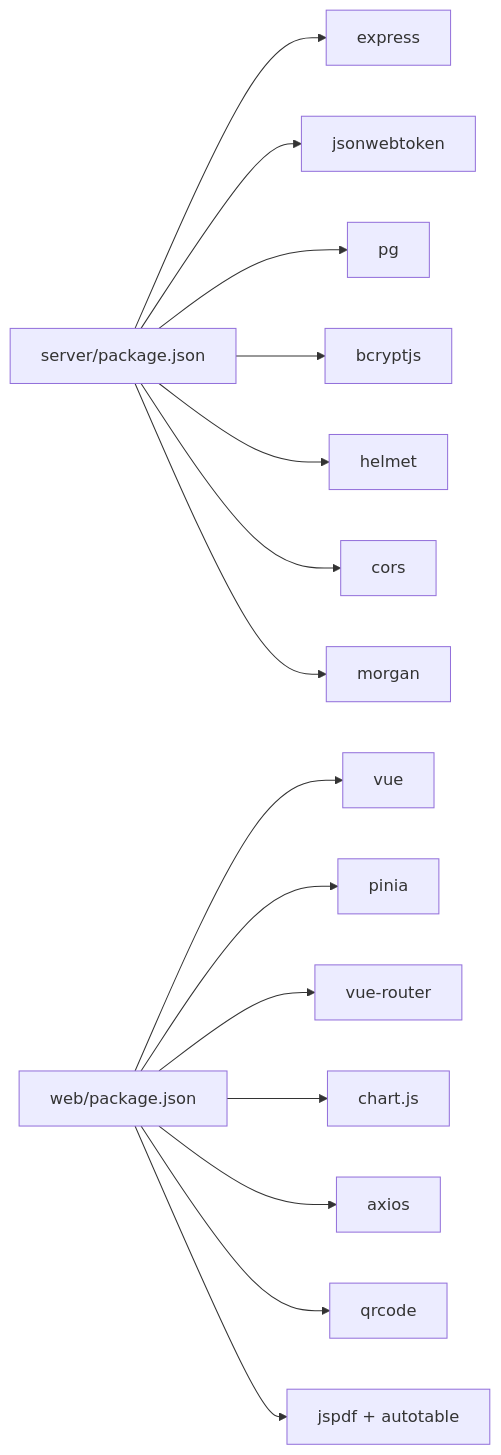
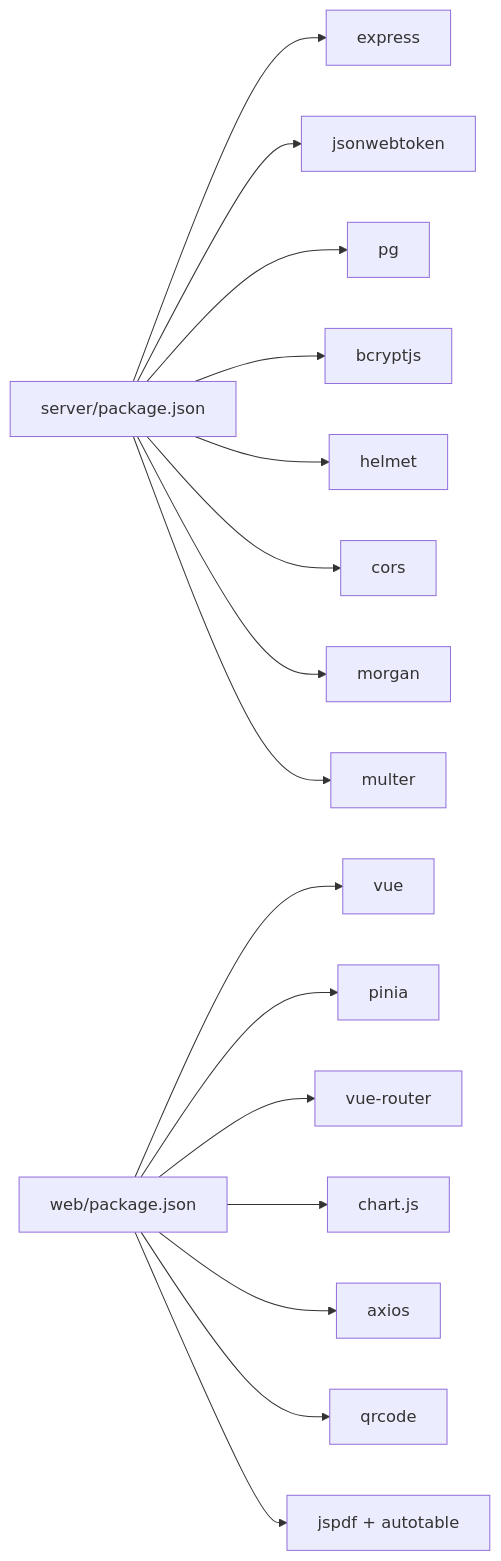
One commit to Juny09/inventory_system changed the tenth of 10 diagrams in .qoder/repowiki/zh/content/核心功能模块/核心功能模块.md. Above: the diagram before and after it, drawn with Mermaid. The commit also changed other lines of this file and 53 other files, not shown here.

````diff
--- a/.qoder/repowiki/zh/content/核心功能模块/核心功能模块.md
+++ b/.qoder/repowiki/zh/content/核心功能模块/核心功能模块.md
@@ -344,17 +430,18 @@
 ```mermaid
 graph LR
 PkgS["server/package.json"] --> Express["express"]
 PkgS --> JWT["jsonwebtoken"]
 PkgS --> PG["pg"]
 PkgS --> Bcrypt["bcryptjs"]
 PkgS --> Helmet["helmet"]
 PkgS --> Cors["cors"]
 PkgS --> Morgan["morgan"]
+PkgS --> Multer["multer"]
 PkgW["web/package.json"] --> Vue["vue"]
 PkgW --> Pinia["pinia"]
 PkgW --> Router["vue-router"]
 PkgW --> Chart["chart.js"]
 PkgW --> Axios["axios"]
 PkgW --> QR["qrcode"]
 PkgW --> PDF["jspdf + autotable"]
 ```
````
